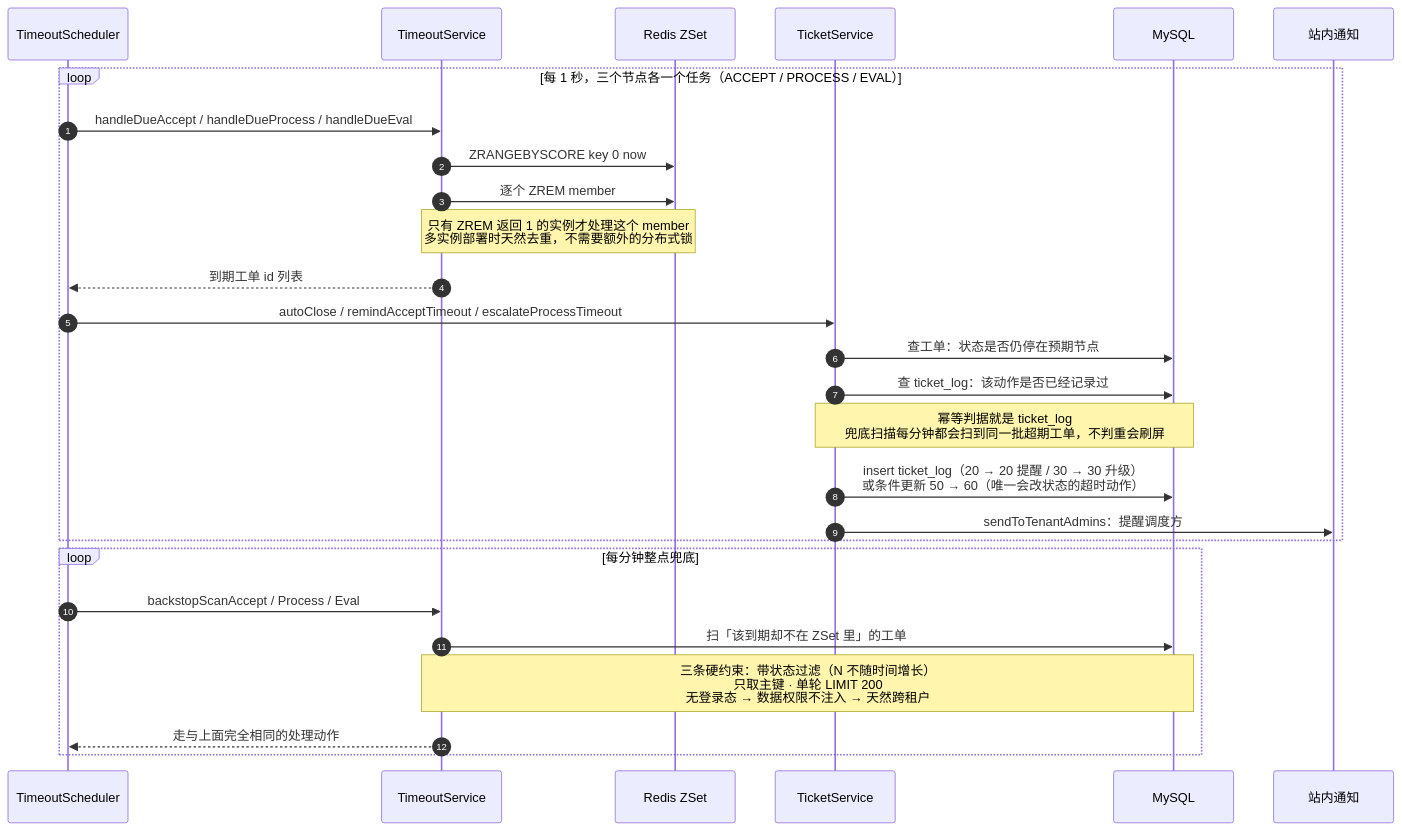
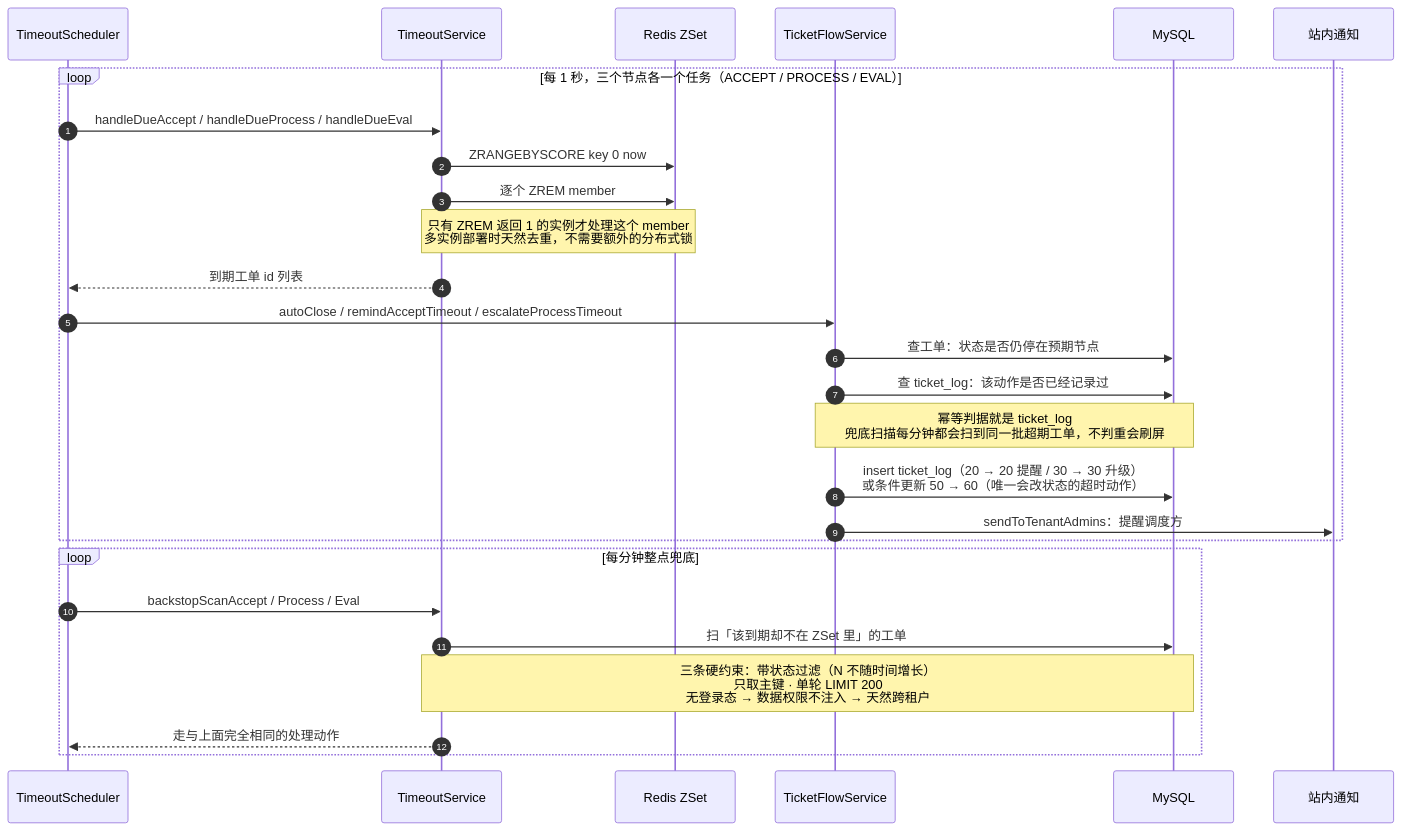
One commit to bluemalic/repair-platform changed the tenth of 11 diagrams in docs/06-架构图.md. Above: the diagram before and after it, drawn with Mermaid. The commit also changed other lines of this file and 3 other files, not shown here.

First line of the commit message:
docs: 同步工单服务四域拆分（ADR-015 + 架构图 + 进度表）

````diff
--- a/docs/06-架构图.md
+++ b/docs/06-架构图.md
@@ -446,31 +446,31 @@
 ```mermaid
 sequenceDiagram
     autonumber
     participant T as TimeoutScheduler
     participant TS as TimeoutService
     participant R as Redis ZSet
-    participant TI as TicketService
+    participant TI as TicketFlowService
     participant DB as MySQL
     participant N as 站内通知
 
     loop 每 1 秒，三个节点各一个任务（ACCEPT / PROCESS / EVAL）
         T->>TS: handleDueAccept / handleDueProcess / handleDueEval
         TS->>R: ZRANGEBYSCORE key 0 now
         TS->>R: 逐个 ZREM member
         Note over TS,R: 只有 ZREM 返回 1 的实例才处理这个 member<br/>多实例部署时天然去重，不需要额外的分布式锁
         TS-->>T: 到期工单 id 列表
         T->>TI: autoClose / remindAcceptTimeout / escalateProcessTimeout
         TI->>DB: 查工单：状态是否仍停在预期节点
         TI->>DB: 查 ticket_log：该动作是否已经记录过
         Note over TI,DB: 幂等判据就是 ticket_log<br/>兜底扫描每分钟都会扫到同一批超期工单，不判重会刷屏
         TI->>DB: insert ticket_log（20 → 20 提醒 / 30 → 30 升级）<br/>或条件更新 50 → 60（唯一会改状态的超时动作）
         TI->>N: sendToTenantAdmins：提醒调度方
     end
 
     loop 每分钟整点兜底
         T->>TS: backstopScanAccept / Process / Eval
         TS->>DB: 扫「该到期却不在 ZSet 里」的工单
         Note over TS,DB: 三条硬约束：带状态过滤（N 不随时间增长）<br/>只取主键 · 单轮 LIMIT 200<br/>无登录态 → 数据权限不注入 → 天然跨租户
         TS-->>T: 走与上面完全相同的处理动作
     end
 ```
````
